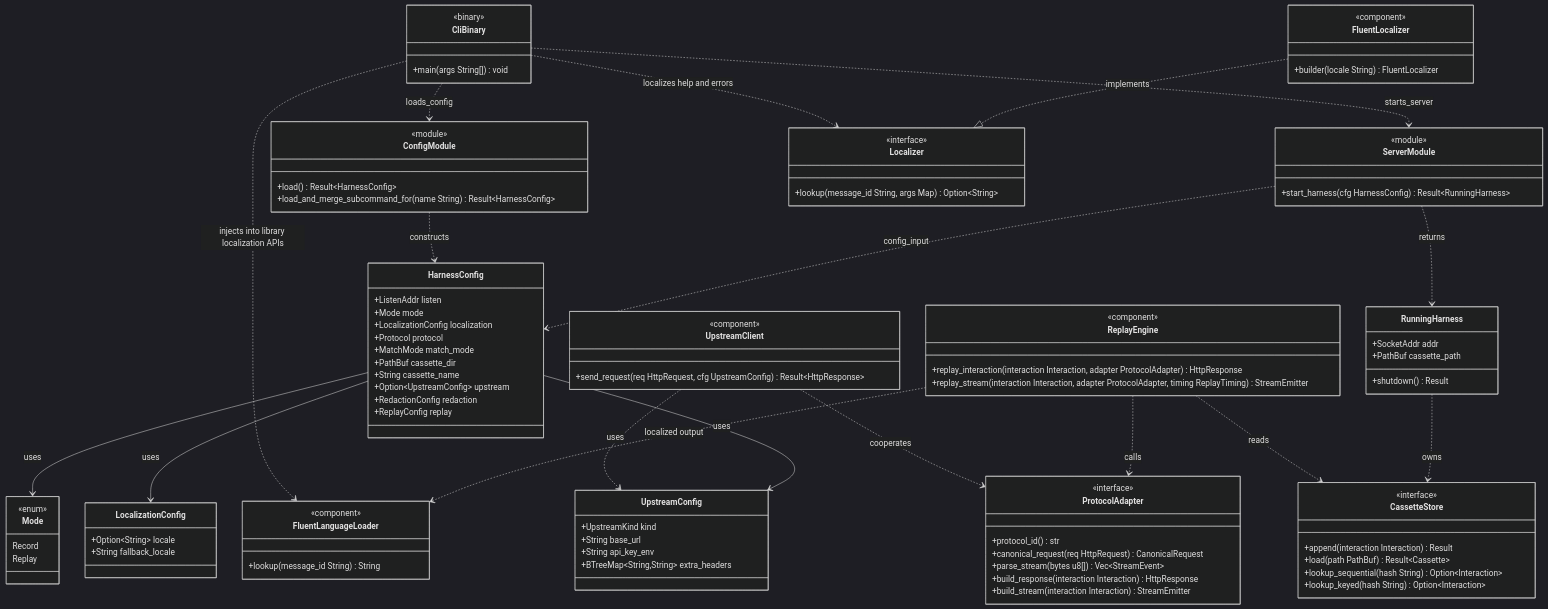
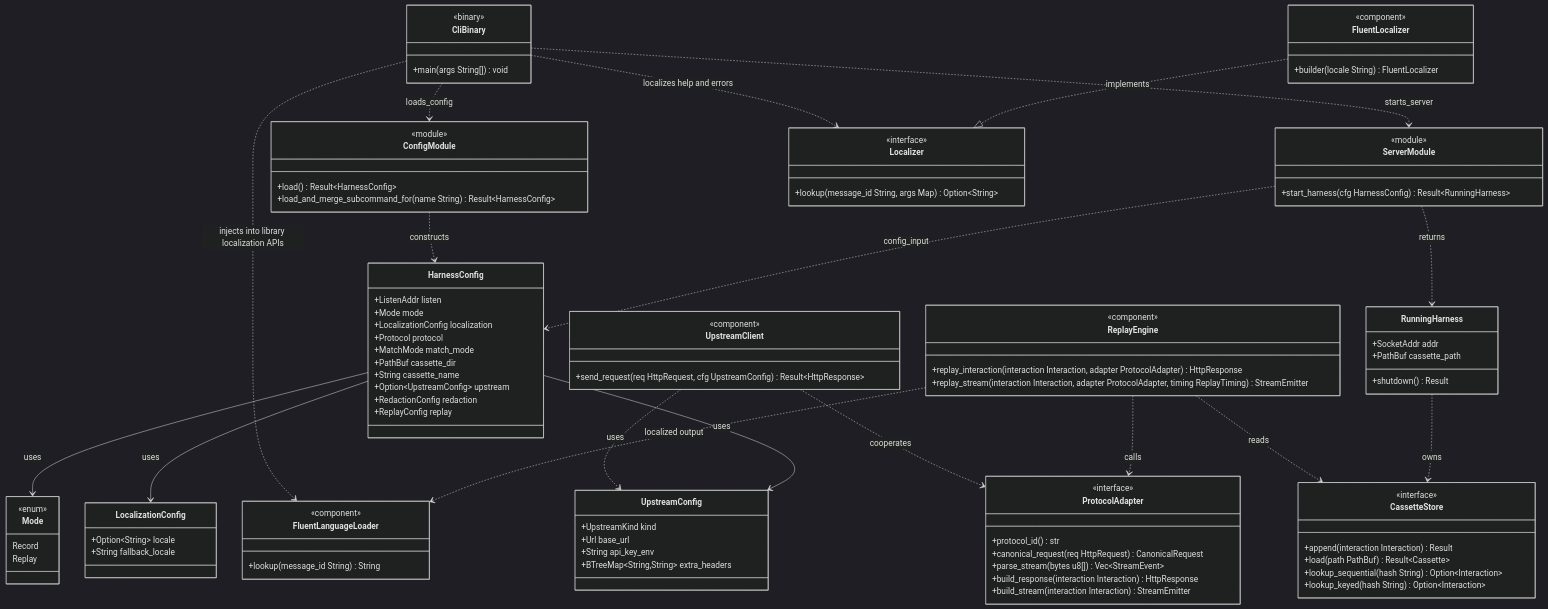
One commit to leynos/spycatcher-harness changed the third of 3 diagrams in docs/spycatcher-harness-design.md. Above: the diagram before and after it, drawn with Mermaid (dark theme). The commit also changed other lines of this file and 32 other files, not shown here.

```diff
--- a/docs/spycatcher-harness-design.md
+++ b/docs/spycatcher-harness-design.md
@@ -646,7 +663,7 @@
 
   class UpstreamConfig {
     +UpstreamKind kind
-    +String base_url
+    +Url base_url
     +String api_key_env
     +BTreeMap~String,String~ extra_headers
   }
```
